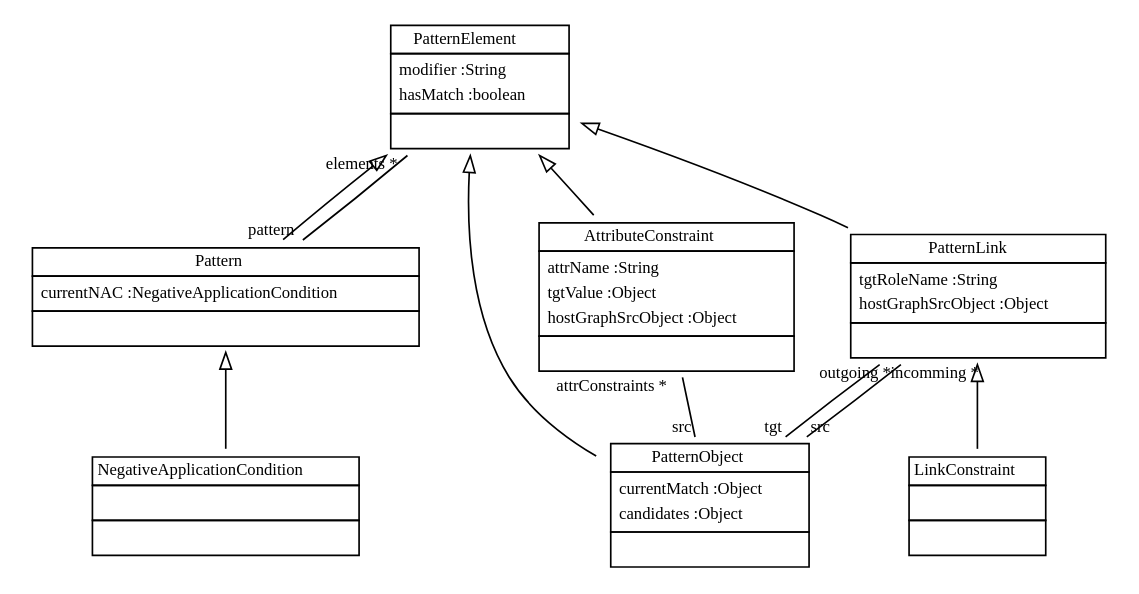
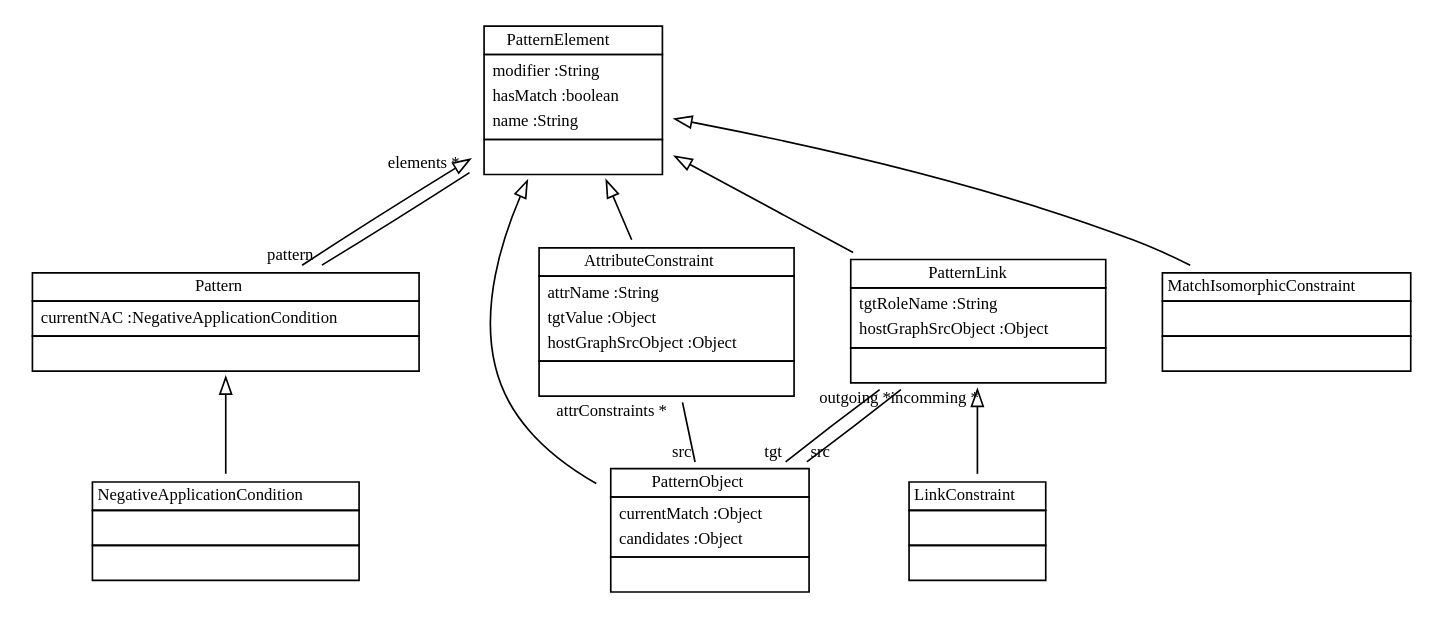
Before and after one commit to fujaba/SDMLib: the diagram in doc/PatternModel01.dot, drawn with Graphviz. The commit also changed 38 other files, not shown here.

```diff
--- a/doc/PatternModel01.dot
+++ b/doc/PatternModel01.dot
@@ -1,27 +1,29 @@
 
  digraph ClassDiagram {
     node [shape = none, fontsize = 10]; 
     edge [fontsize = 10];
     
     
-    PatternElement [label=<<table border='0' cellborder='1' cellspacing='0'> <tr> <td>PatternElement</td> </tr> <tr><td><table border='0' cellborder='0' cellspacing='0'> <tr><td align='left'>modifier :String</td></tr> <tr><td align='left'>hasMatch :boolean</td></tr>  </table></td></tr> <tr><td><table border='0' cellborder='0' cellspacing='0'> <tr><td> </td></tr> </table></td></tr> </table>>];
-    Pattern [label=<<table border='0' cellborder='1' cellspacing='0'> <tr> <td>Pattern</td> </tr> <tr><td><table border='0' cellborder='0' cellspacing='0'> <tr><td align='left'>currentNAC :NegativeApplicationCondition</td></tr>  </table></td></tr> <tr><td><table border='0' cellborder='0' cellspacing='0'> <tr><td> </td></tr> </table></td></tr> </table>>];
-    NegativeApplicationCondition [label=<<table border='0' cellborder='1' cellspacing='0'> <tr> <td>NegativeApplicationCondition</td> </tr> <tr><td><table border='0' cellborder='0' cellspacing='0'> <tr><td> </td></tr> </table></td></tr> <tr><td><table border='0' cellborder='0' cellspacing='0'> <tr><td> </td></tr> </table></td></tr> </table>>];
-    PatternObject [label=<<table border='0' cellborder='1' cellspacing='0'> <tr> <td>PatternObject</td> </tr> <tr><td><table border='0' cellborder='0' cellspacing='0'> <tr><td align='left'>currentMatch :Object</td></tr> <tr><td align='left'>candidates :Object</td></tr>  </table></td></tr> <tr><td><table border='0' cellborder='0' cellspacing='0'> <tr><td> </td></tr> </table></td></tr> </table>>];
-    PatternLink [label=<<table border='0' cellborder='1' cellspacing='0'> <tr> <td>PatternLink</td> </tr> <tr><td><table border='0' cellborder='0' cellspacing='0'> <tr><td align='left'>tgtRoleName :String</td></tr> <tr><td align='left'>hostGraphSrcObject :Object</td></tr>  </table></td></tr> <tr><td><table border='0' cellborder='0' cellspacing='0'> <tr><td> </td></tr> </table></td></tr> </table>>];
-    AttributeConstraint [label=<<table border='0' cellborder='1' cellspacing='0'> <tr> <td>AttributeConstraint</td> </tr> <tr><td><table border='0' cellborder='0' cellspacing='0'> <tr><td align='left'>attrName :String</td></tr> <tr><td align='left'>tgtValue :Object</td></tr> <tr><td align='left'>hostGraphSrcObject :Object</td></tr>  </table></td></tr> <tr><td><table border='0' cellborder='0' cellspacing='0'> <tr><td> </td></tr> </table></td></tr> </table>>];
-    LinkConstraint [label=<<table border='0' cellborder='1' cellspacing='0'> <tr> <td>LinkConstraint</td> </tr> <tr><td><table border='0' cellborder='0' cellspacing='0'> <tr><td> </td></tr> </table></td></tr> <tr><td><table border='0' cellborder='0' cellspacing='0'> <tr><td> </td></tr> </table></td></tr> </table>>];
+    _PatternElement [label=<<table border='0' cellborder='1' cellspacing='0'> <tr> <td>PatternElement</td> </tr> <tr><td><table border='0' cellborder='0' cellspacing='0'> <tr><td align='left'>modifier :String</td></tr> <tr><td align='left'>hasMatch :boolean</td></tr> <tr><td align='left'>name :String</td></tr>  </table></td></tr> <tr><td><table border='0' cellborder='0' cellspacing='0'> <tr><td> </td></tr> </table></td></tr> </table>>];
+    _Pattern [label=<<table border='0' cellborder='1' cellspacing='0'> <tr> <td>Pattern</td> </tr> <tr><td><table border='0' cellborder='0' cellspacing='0'> <tr><td align='left'>currentNAC :NegativeApplicationCondition</td></tr>  </table></td></tr> <tr><td><table border='0' cellborder='0' cellspacing='0'> <tr><td> </td></tr> </table></td></tr> </table>>];
+    _NegativeApplicationCondition [label=<<table border='0' cellborder='1' cellspacing='0'> <tr> <td>NegativeApplicationCondition</td> </tr> <tr><td><table border='0' cellborder='0' cellspacing='0'> <tr><td> </td></tr> </table></td></tr> <tr><td><table border='0' cellborder='0' cellspacing='0'> <tr><td> </td></tr> </table></td></tr> </table>>];
+    _PatternObject [label=<<table border='0' cellborder='1' cellspacing='0'> <tr> <td>PatternObject</td> </tr> <tr><td><table border='0' cellborder='0' cellspacing='0'> <tr><td align='left'>currentMatch :Object</td></tr> <tr><td align='left'>candidates :Object</td></tr>  </table></td></tr> <tr><td><table border='0' cellborder='0' cellspacing='0'> <tr><td> </td></tr> </table></td></tr> </table>>];
+    _PatternLink [label=<<table border='0' cellborder='1' cellspacing='0'> <tr> <td>PatternLink</td> </tr> <tr><td><table border='0' cellborder='0' cellspacing='0'> <tr><td align='left'>tgtRoleName :String</td></tr> <tr><td align='left'>hostGraphSrcObject :Object</td></tr>  </table></td></tr> <tr><td><table border='0' cellborder='0' cellspacing='0'> <tr><td> </td></tr> </table></td></tr> </table>>];
+    _AttributeConstraint [label=<<table border='0' cellborder='1' cellspacing='0'> <tr> <td>AttributeConstraint</td> </tr> <tr><td><table border='0' cellborder='0' cellspacing='0'> <tr><td align='left'>attrName :String</td></tr> <tr><td align='left'>tgtValue :Object</td></tr> <tr><td align='left'>hostGraphSrcObject :Object</td></tr>  </table></td></tr> <tr><td><table border='0' cellborder='0' cellspacing='0'> <tr><td> </td></tr> </table></td></tr> </table>>];
+    _LinkConstraint [label=<<table border='0' cellborder='1' cellspacing='0'> <tr> <td>LinkConstraint</td> </tr> <tr><td><table border='0' cellborder='0' cellspacing='0'> <tr><td> </td></tr> </table></td></tr> <tr><td><table border='0' cellborder='0' cellspacing='0'> <tr><td> </td></tr> </table></td></tr> </table>>];
+    _MatchIsomorphicConstraint [label=<<table border='0' cellborder='1' cellspacing='0'> <tr> <td>MatchIsomorphicConstraint</td> </tr> <tr><td><table border='0' cellborder='0' cellspacing='0'> <tr><td> </td></tr> </table></td></tr> <tr><td><table border='0' cellborder='0' cellspacing='0'> <tr><td> </td></tr> </table></td></tr> </table>>];
     
     
     
-    PatternElement ->  Pattern [dir = "back" arrowtail = "empty"];
-    Pattern ->  NegativeApplicationCondition [dir = "back" arrowtail = "empty"];
-    PatternElement ->  PatternObject [dir = "back" arrowtail = "empty"];
-    PatternElement ->  PatternLink [dir = "back" arrowtail = "empty"];
-    PatternElement ->  AttributeConstraint [dir = "back" arrowtail = "empty"];
-    PatternLink ->  LinkConstraint [dir = "back" arrowtail = "empty"];
-    Pattern -> PatternElement [headlabel = "elements *" taillabel = "pattern" arrowhead = "none" ];
-    PatternLink -> PatternObject [headlabel = "tgt" taillabel = "incomming *" arrowhead = "none" ];
-    PatternLink -> PatternObject [headlabel = "src" taillabel = "outgoing *" arrowhead = "none" ];
-    AttributeConstraint -> PatternObject [headlabel = "src" taillabel = "attrConstraints *" arrowhead = "none" ];
+    _PatternElement ->  _Pattern [dir = "back" arrowtail = "empty"];
+    _Pattern ->  _NegativeApplicationCondition [dir = "back" arrowtail = "empty"];
+    _PatternElement ->  _PatternObject [dir = "back" arrowtail = "empty"];
+    _PatternElement ->  _PatternLink [dir = "back" arrowtail = "empty"];
+    _PatternElement ->  _AttributeConstraint [dir = "back" arrowtail = "empty"];
+    _PatternLink ->  _LinkConstraint [dir = "back" arrowtail = "empty"];
+    _PatternElement ->  _MatchIsomorphicConstraint [dir = "back" arrowtail = "empty"];
+    _Pattern -> _PatternElement [headlabel = "elements *" taillabel = "pattern" arrowhead = "none" ];
+    _PatternLink -> _PatternObject [headlabel = "tgt" taillabel = "incomming *" arrowhead = "none" ];
+    _PatternLink -> _PatternObject [headlabel = "src" taillabel = "outgoing *" arrowhead = "none" ];
+    _AttributeConstraint -> _PatternObject [headlabel = "src" taillabel = "attrConstraints *" arrowhead = "none" ];
 }
```
